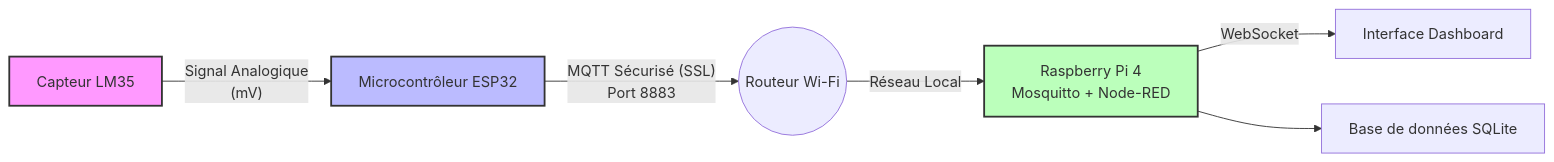
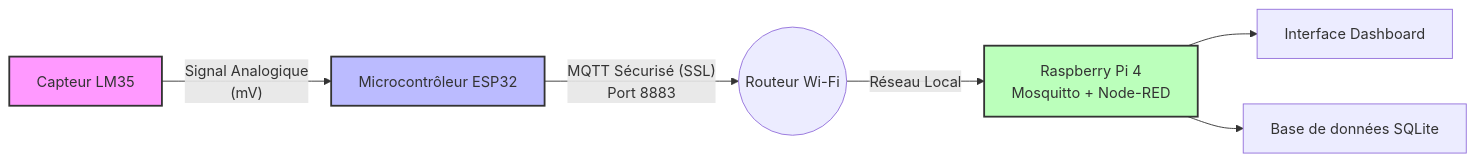
Before and after one commit to warren16-pnj/Station-meteo: the diagram in README.md, drawn with Mermaid.

````diff
--- a/README.md
+++ b/README.md
@@ -11,22 +11,22 @@
 ```mermaid
 graph LR
     %% Définition des nœuds 
     LM35[Capteur LM35]
     ESP32[Microcontrôleur ESP32]
     WIFI((Routeur Wi-Fi))
     RPI[Raspberry Pi 4<br/>Mosquitto + Node-RED]
     DASH[Interface Dashboard]
     SQL[Base de données SQLite]
 
     %% Définition des liens 
     LM35 -- Signal Analogique<br/>(mV) --> ESP32
     ESP32 -- MQTT Sécurisé (SSL)<br/>Port 8883 --> WIFI
     WIFI -- Réseau Local --> RPI
-    RPI -- WebSocket --> DASH
+    RPI --> DASH
     RPI --> SQL
 
     %% Styles 
     style LM35 fill:#f9f,stroke:#333,stroke-width:2px
     style ESP32 fill:#bbf,stroke:#333,stroke-width:2px
     style RPI fill:#bfb,stroke:#333,stroke-width:2px
 ```
````
